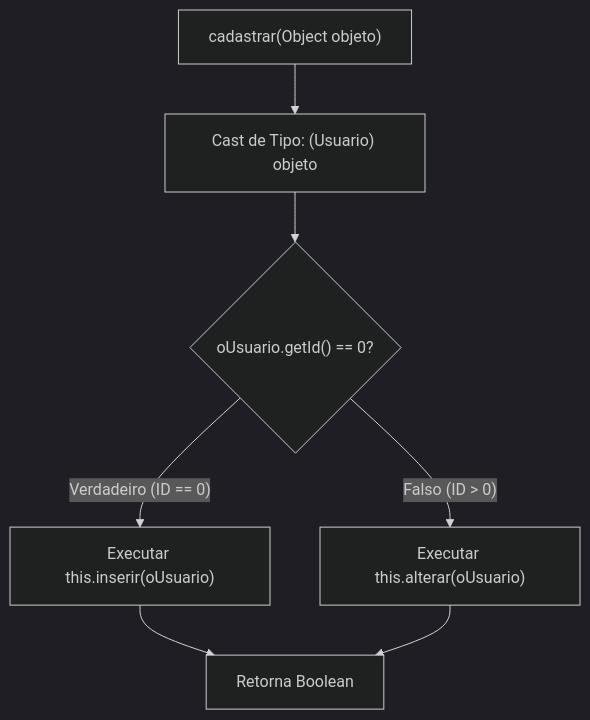
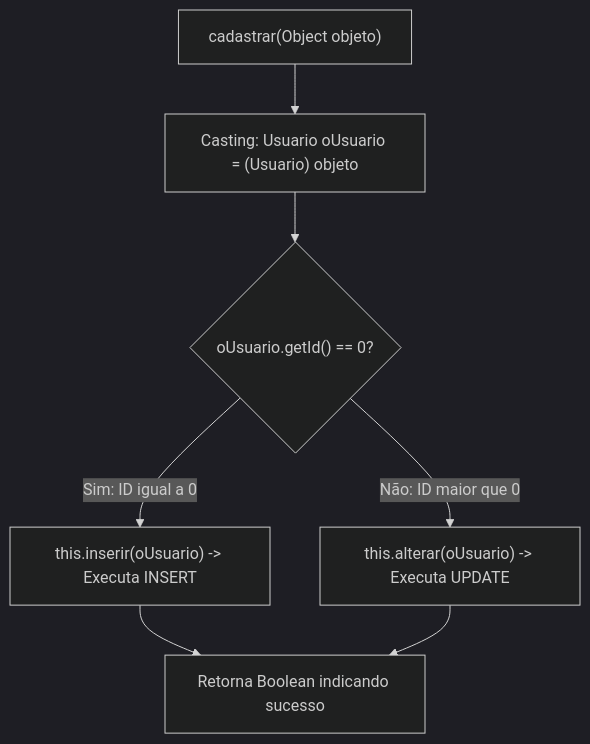
Diagram 13 of 19 in 3º Semestre/[Prof. Jefferson Passerini] Laboratório de Programação III/Resumos-IA/Caderno-Consolidado.md (murilolol/unifef), drawn with Mermaid (dark theme) before and after one commit. The commit also changed other lines of this file and 25 other files, not shown here.

````diff
--- a/3º Semestre/[Prof. Jefferson Passerini] Laboratório de Programação III/Resumos-IA/Caderno-Consolidado.md
+++ b/3º Semestre/[Prof. Jefferson Passerini] Laboratório de Programação III/Resumos-IA/Caderno-Consolidado.md
@@ -1239,9 +1065,9 @@
 ```mermaid
 flowchart TD
-    Inicio["cadastrar(Object objeto)"] --> Cast["Cast de Tipo: (Usuario) objeto"]
-    Cast --> AvaliaId{"oUsuario.getId() == 0?"}
-    AvaliaId -- "Verdadeiro (ID == 0)" --> Inserir["Executar this.inserir(oUsuario)"]
-    AvaliaId -- "Falso (ID > 0)" --> Alterar["Executar this.alterar(oUsuario)"]
-    Inserir --> Retorno["Retorna Boolean"]
+    Inicio["cadastrar(Object objeto)"] --> Cast["Casting: Usuario oUsuario = (Usuario) objeto"]
+    Cast --> Teste{"oUsuario.getId() == 0?"}
+    Teste -- "Sim: ID igual a 0" --> Inserir["this.inserir(oUsuario) -> Executa INSERT"]
+    Teste -- "Não: ID maior que 0" --> Alterar["this.alterar(oUsuario) -> Executa UPDATE"]
+    Inserir --> Retorno["Retorna Boolean indicando sucesso"]
     Alterar --> Retorno
 ```
````
